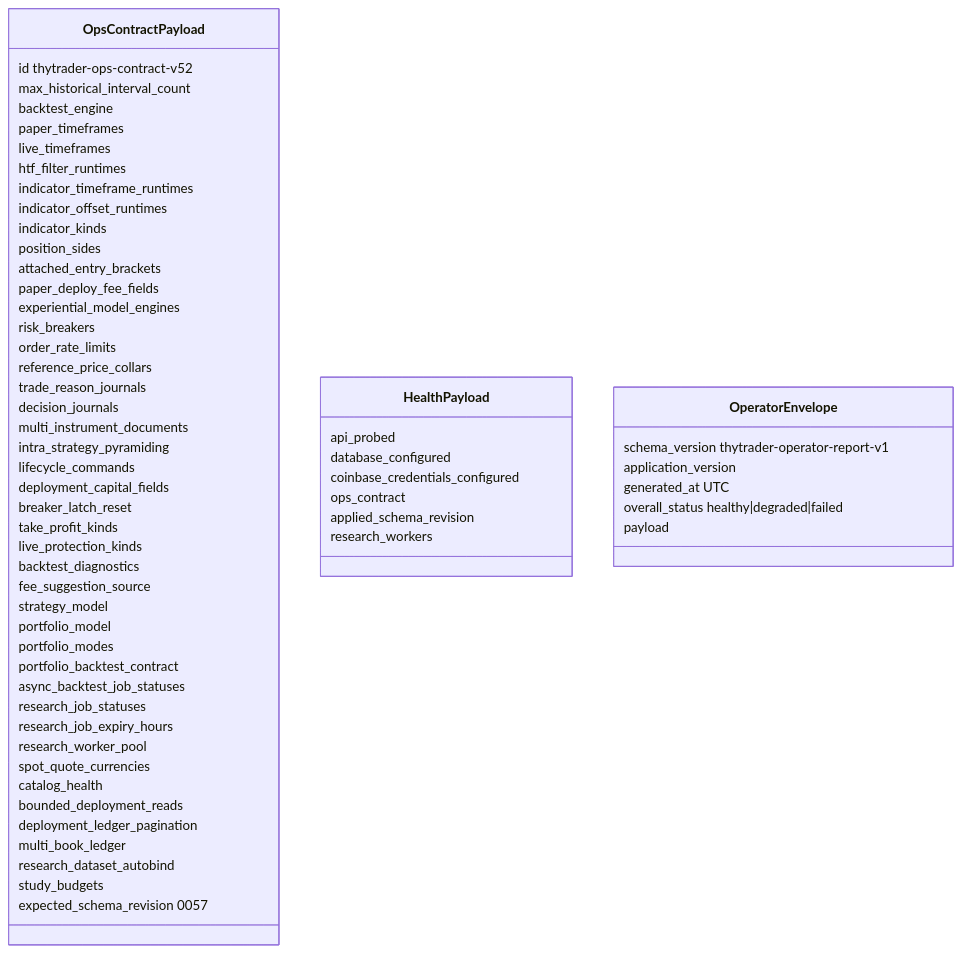
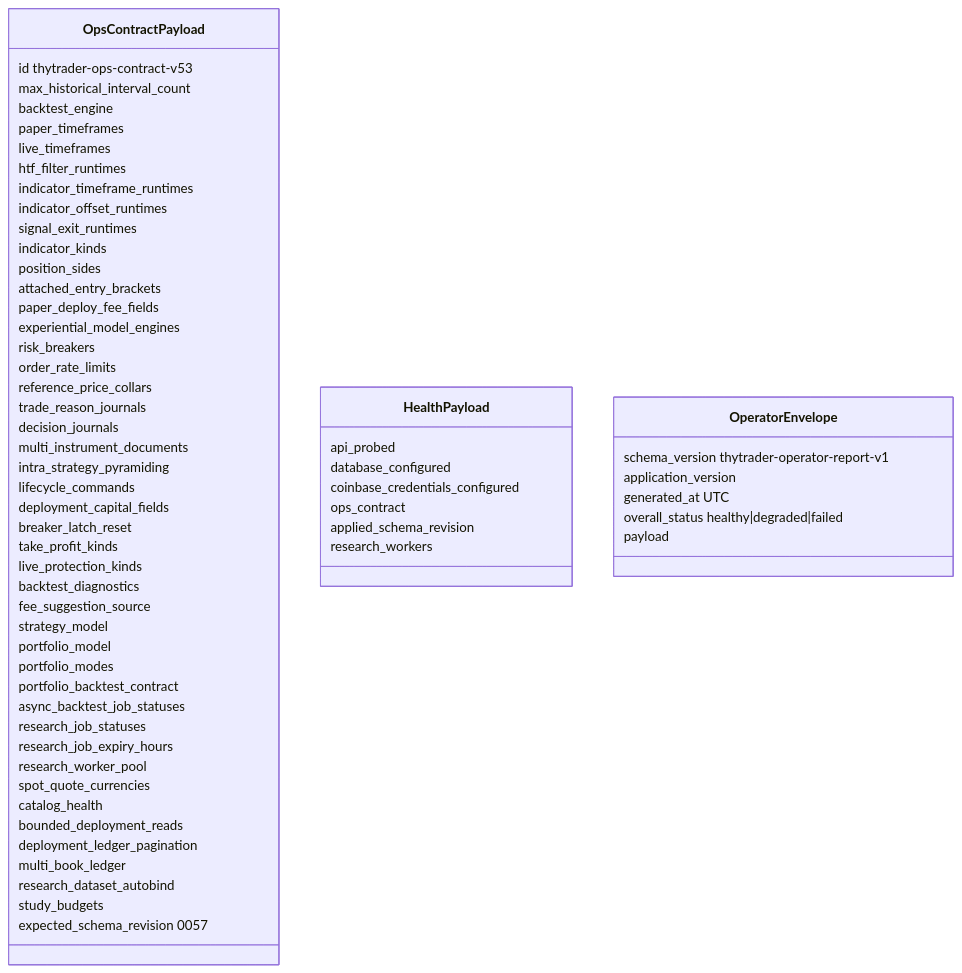
One commit to Zoltesh/thytrader changed the diagram in docs/architecture/contracts/ops-contract.md. Above: the diagram before and after it, drawn with Mermaid. The commit also changed other lines of this file and 73 other files, not shown here.

First line of the commit message:
feat(strategies): signal-based exits (exits.signal_exit) across backtest, paper, and live (ADR 0093)

````diff
--- a/docs/architecture/contracts/ops-contract.md
+++ b/docs/architecture/contracts/ops-contract.md
@@ -62,63 +63,64 @@
 ```mermaid
 classDiagram
   class OpsContractPayload {
-    id thytrader-ops-contract-v52
+    id thytrader-ops-contract-v53
     max_historical_interval_count
     backtest_engine
     paper_timeframes
     live_timeframes
     htf_filter_runtimes
     indicator_timeframe_runtimes
     indicator_offset_runtimes
+    signal_exit_runtimes
     indicator_kinds
     position_sides
     attached_entry_brackets
     paper_deploy_fee_fields
     experiential_model_engines
     risk_breakers
     order_rate_limits
     reference_price_collars
     trade_reason_journals
     decision_journals
     multi_instrument_documents
     intra_strategy_pyramiding
     lifecycle_commands
     deployment_capital_fields
     breaker_latch_reset
     take_profit_kinds
     live_protection_kinds
     backtest_diagnostics
     fee_suggestion_source
     strategy_model
     portfolio_model
     portfolio_modes
     portfolio_backtest_contract
     async_backtest_job_statuses
     research_job_statuses
     research_job_expiry_hours
     research_worker_pool
     spot_quote_currencies
     catalog_health
     bounded_deployment_reads
     deployment_ledger_pagination
     multi_book_ledger
     research_dataset_autobind
     study_budgets
     expected_schema_revision 0057
   }
   class HealthPayload {
     api_probed
     database_configured
     coinbase_credentials_configured
     ops_contract
     applied_schema_revision
     research_workers
   }
   class OperatorEnvelope {
     schema_version thytrader-operator-report-v1
     application_version
     generated_at UTC
     overall_status healthy|degraded|failed
     payload
   }
 ```
````
